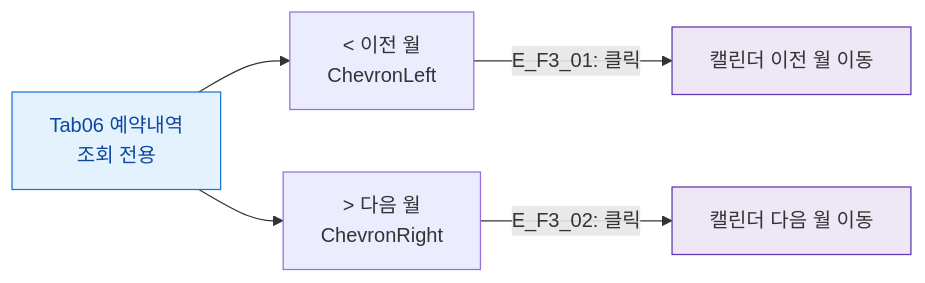
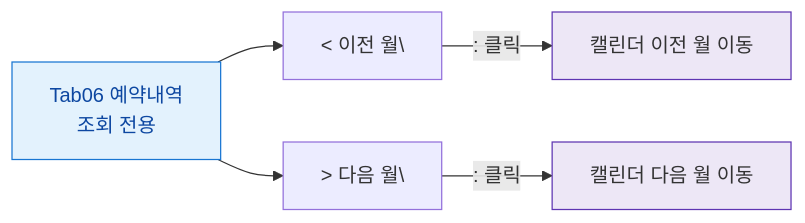
Before and after one commit to dev-spogym/admin-pando: the diagram in docs/다이어그램/D02_회원관리/SCR-M004_회원상세/Tab06_예약내역/F3_버튼액션.md, drawn with Mermaid. The commit also changed other lines of this file and 1660 other files, not shown here.

First line of the commit message:
다이어그램: 기획자/클라이언트 납품본으로 정리

````diff
--- a/docs/다이어그램/D02_회원관리/SCR-M004_회원상세/Tab06_예약내역/F3_버튼액션.md
+++ b/docs/다이어그램/D02_회원관리/SCR-M004_회원상세/Tab06_예약내역/F3_버튼액션.md
@@ -22,13 +20,13 @@
 ```mermaid
 flowchart LR
-  TAB[Tab06 예약내역\n조회 전용] --> B1[< 이전 월\nChevronLeft]
-  TAB --> B2[> 다음 월\nChevronRight]
+  TAB[Tab06 예약내역\n조회 전용] --> B1[< 이전 월\]
+  TAB --> B2[> 다음 월\]
 
-  B1 -->|"E_F3_01: 클릭"| PREV[캘린더 이전 월 이동]
-  B2 -->|"E_F3_02: 클릭"| NEXT[캘린더 다음 월 이동]
+  B1 -->|": 클릭"|PREV[캘린더 이전 월 이동]
+  B2 -->|": 클릭"|NEXT[캘린더 다음 월 이동]
 
   classDef screen fill:#E3F2FD,stroke:#1976D2,color:#0D47A1
   classDef system fill:#EDE7F6,stroke:#5E35B2
   class TAB screen
   class PREV,NEXT system
 ```
````
